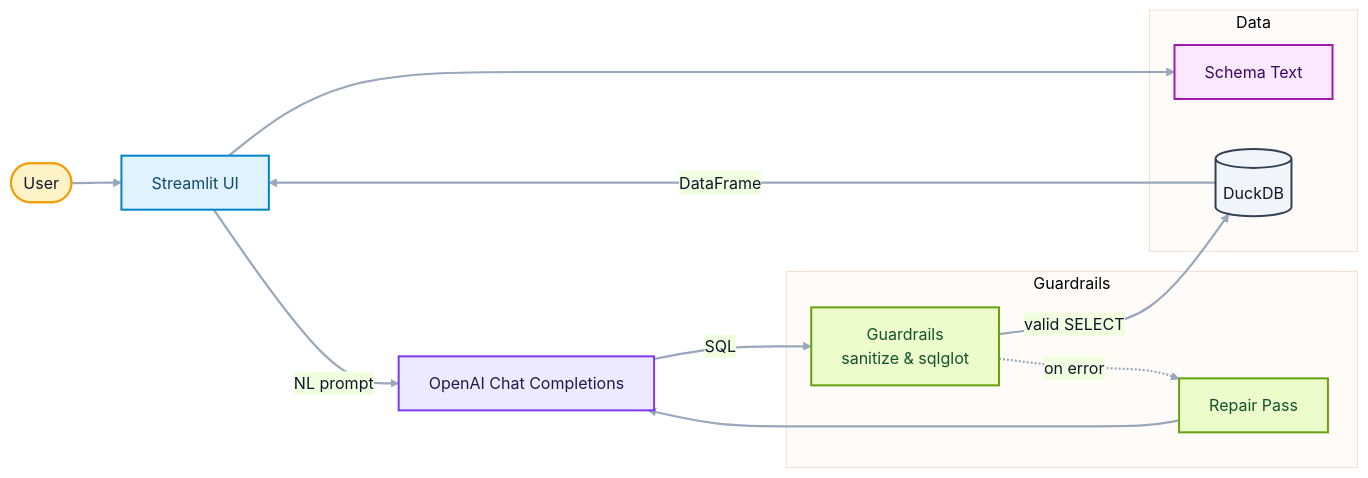
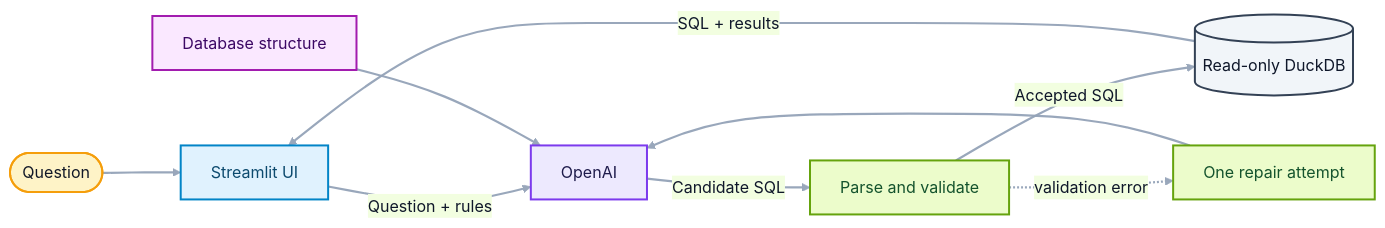
The diagram in docs/architecture.md (paolo-notaro/naturalQL), drawn with Mermaid before and after one commit. The commit also changed other lines of this file and 3 other files, not shown here.

````diff
--- a/docs/architecture.md
+++ b/docs/architecture.md
@@ -1,39 +7,30 @@
 ```mermaid
 %%{init: {
   "theme": "base",
   "themeVariables": {
     "fontFamily": "Inter,Segoe UI,Arial,Helvetica,sans-serif",
     "primaryColor": "#E0F2FE",
     "primaryBorderColor": "#0284C7",
     "primaryTextColor": "#0F172A",
     "lineColor": "#94A3B8"
   }
 }}%%
 flowchart LR
   classDef user  fill:#FEF3C7,stroke:#F59E0B,stroke-width:2px,color:#111827;
   classDef ui    fill:#E0F2FE,stroke:#0284C7,stroke-width:2px,color:#0C4A6E;
   classDef llm   fill:#EDE9FE,stroke:#7C3AED,stroke-width:2px,color:#1E1B4B;
   classDef guard fill:#ECFCCB,stroke:#65A30D,stroke-width:2px,color:#14532D;
   classDef data  fill:#FAE8FF,stroke:#A21CAF,stroke-width:2px,color:#3B0764;
   classDef db    fill:#F1F5F9,stroke:#334155,stroke-width:2px,color:#0F172A;
 
-  U([User]):::user --> UI[Streamlit UI]:::ui
-  UI -->|NL prompt| LLM[OpenAI Chat Completions]:::llm
-  UI --> SCH[Schema Text]:::data
-  LLM -->|SQL| GR[Guardrails<br/>sanitize &amp; sqlglot]:::guard
-  GR -->|valid SELECT| DB[(DuckDB)]:::db
-  GR -. on error .-> RP[Repair Pass]:::guard
+  U([Question]):::user --> UI[Streamlit UI]:::ui
+  UI -->|Question + rules| LLM[OpenAI]:::llm
+  SCH[Database structure]:::data --> LLM
+  LLM -->|Candidate SQL| GR[Parse and validate]:::guard
+  GR -->|Accepted SQL| DB[(Read-only DuckDB)]:::db
+  GR -. validation error .-> RP[One repair attempt]:::guard
   RP --> LLM
-  DB -->|DataFrame| UI
-
-  subgraph Guardrails
-    GR
-    RP
-  end
-  subgraph Data
-    SCH
-    DB
-  end
+  DB -->|SQL + results| UI
 
   linkStyle default stroke:#94A3B8,stroke-width:2.2px,opacity:0.95
 ```
````
